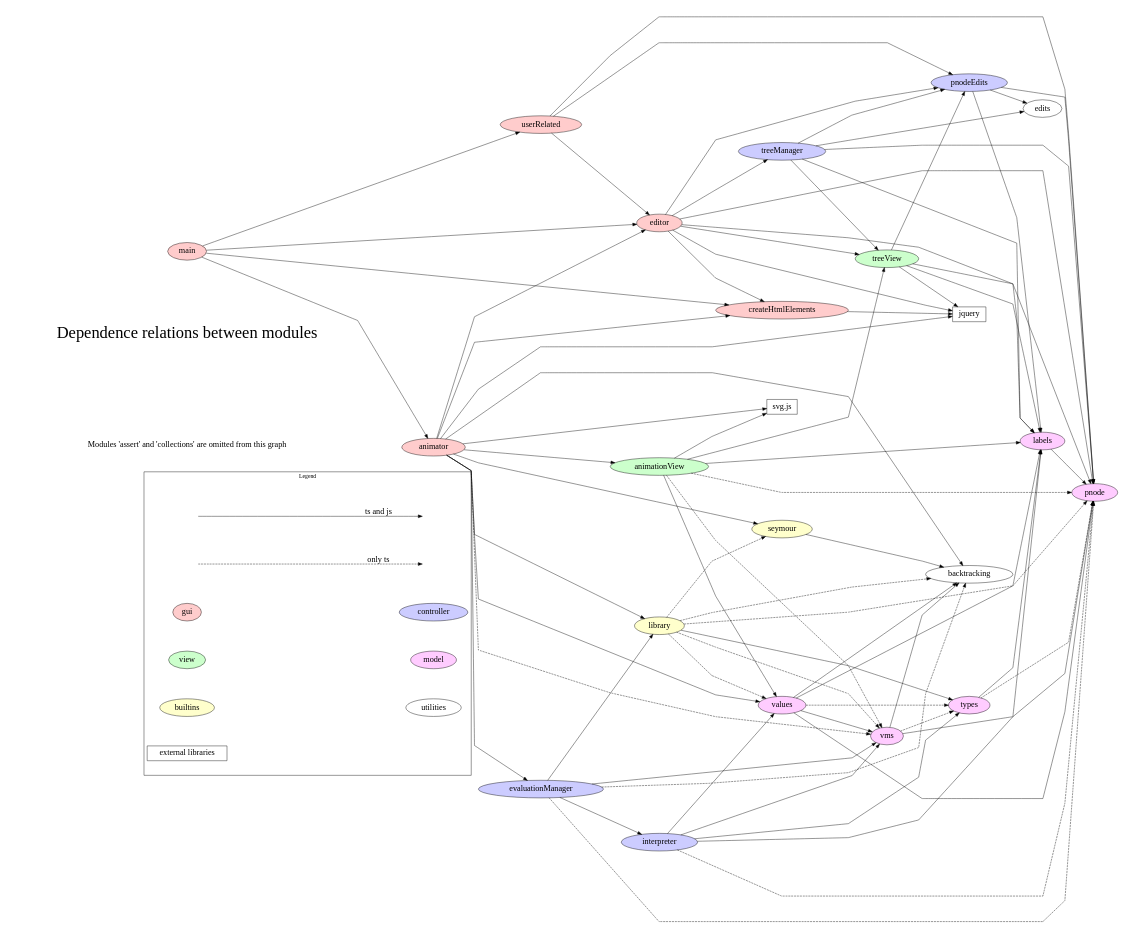
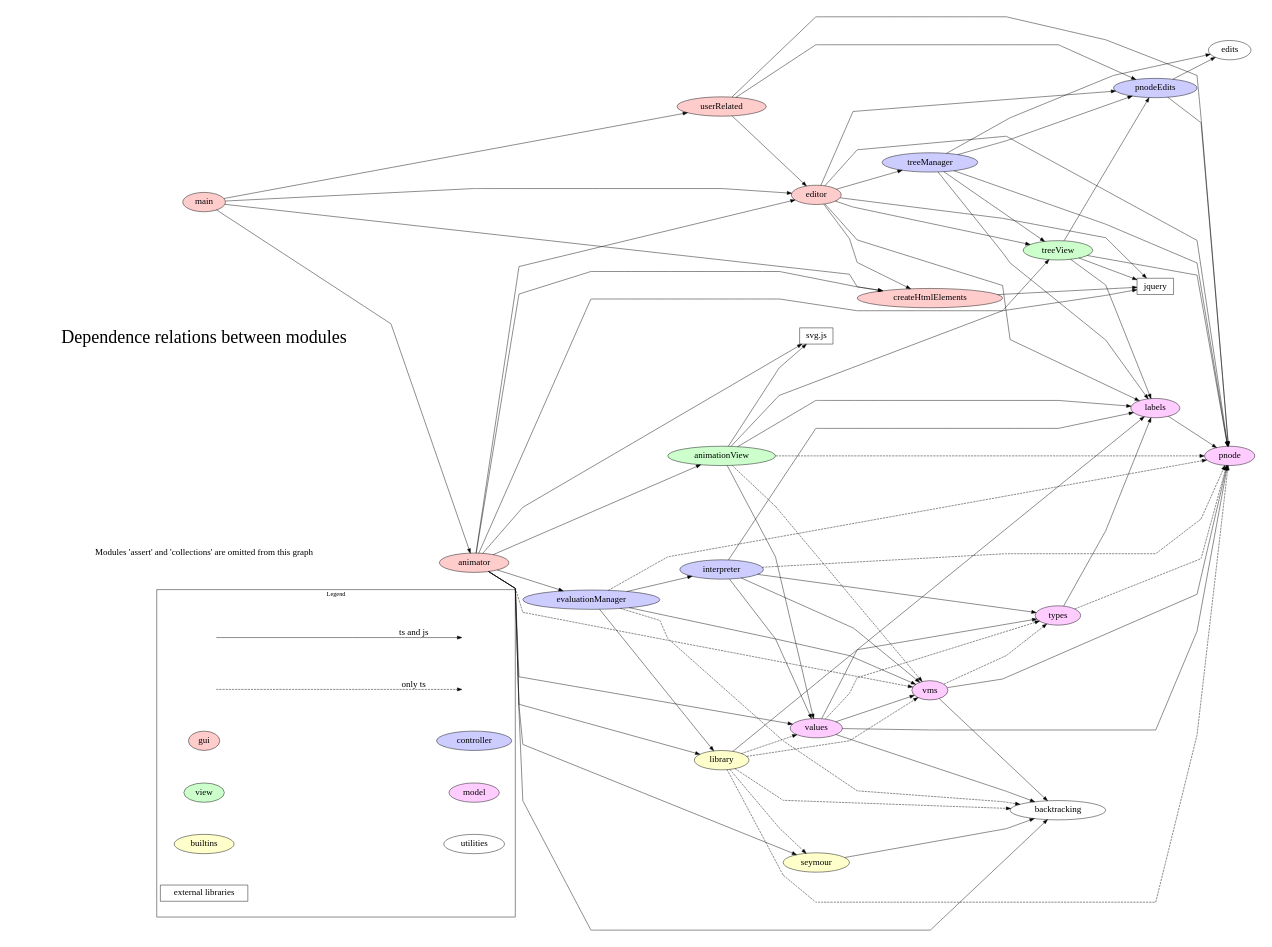
One commit to theodore-norvell/PLAAY changed the diagram in typescriptSrc/dependence.gv. Above: the diagram before and after it, drawn with Graphviz. The commit also changed 5 other files, not shown here.

Commit message:
Break dependence of pnodeEdits on Labels.

```diff
--- a/typescriptSrc/dependence.gv
+++ b/typescriptSrc/dependence.gv
@@ -1,156 +1,155 @@
 
 digraph Depends {
     size="9,6.5" ;
     splines="polyline" ;
     nodesep=0.2 ;
     ranksep=0.2 ;
    ratio=fill;
    rankdir = LR ;
    node[fontsize=20];
 
    subgraph cluster1 {
         label = "Legend" ;
         shape=rectangle ;
         color = black ;
         a [style=invis];
         b [style=invis] ;
         c [style=invis] ;
         d [style=invis] ;
         c -> d [label="only ts", style=dashed, fontsize=20] ; 
         a -> b [label="ts and js", fontsize=20] ;
         gui -> controller [style=invis] ;
         view -> model [style=invis] ;
         builtins -> utilities [style=invis] ;
 
         gui [style=filled, fillcolor="#ffcccc"] ;
         controller [style=filled, fillcolor="#ccccff"] ;
         view [style=filled, fillcolor="#ccffcc"] ;
         model [style=filled, fillcolor="#ffccff"] ;
         builtins [style=filled, fillcolor="#ffffcc"] ;
         utilities ;
         "external libraries" [shape=rectangle] ;
     }
 
    utils [label="Modules 'assert' and 'collections' are omitted from this graph",
               shape=none] ;
    caption [ label="Dependence relations between modules", fontsize=40,
               shape=none] ;
 
     main [style=filled, fillcolor="#ffcccc"] ;
     editor [style=filled, fillcolor="#ffcccc"] ;
     animator [style=filled, fillcolor="#ffcccc"] ;
     createHtmlElements [style=filled, fillcolor="#ffcccc"] ;
     userRelated [style=filled, fillcolor="#ffcccc" ] ;
     
     evaluationManager [style=filled, fillcolor="#ccccff"] ;
     interpreter [style=filled, fillcolor="#ccccff"] ;
     treeManager [style=filled, fillcolor="#ccccff"] ;
     pnodeEdits [style=filled, fillcolor="#ccccff"] ;
     
     treeView [style=filled, fillcolor="#ccffcc"] ;
     animationView [style=filled, fillcolor="#ccffcc"] ;
 
     vms [style=filled, fillcolor="#ffccff"] ;
     values [style=filled, fillcolor="#ffccff"] ;
     types [style=filled, fillcolor="#ffccff"] ;
     labels [style=filled, fillcolor="#ffccff"] ;
     pnode [style=filled, fillcolor="#ffccff"] ;
 
     library [style=filled, fillcolor="#ffffcc"] ;
     seymour [style=filled, fillcolor="#ffffcc"] ;
     
    animator -> animationView  ;
    animator -> backtracking ;
    animator -> createHtmlElements ;
    animator -> editor ;
    animator -> evaluationManager ;
    animator -> seymour ;
    animator -> values ;
    animator -> library ;
    animator -> vms [style=dashed] ;
    animator -> svg ;
    animator -> jquery ;
 
    animationView -> labels ;
    animationView -> pnode [style=dashed] ;
    animationView -> treeView ;
    animationView -> values ;
    animationView -> vms [style=dashed];
    animationView -> svg ;
    
    createHtmlElements -> jquery ;
 
    editor -> createHtmlElements ;
    editor -> labels ;
    editor -> pnode  ;
    editor -> pnodeEdits ;
    editor -> treeView ;
    editor -> treeManager ;
    editor -> jquery ;
 
    evaluationManager -> backtracking  [style=dashed];
    evaluationManager -> interpreter ;
    evaluationManager -> pnode  [style=dashed];
    evaluationManager -> vms ;
    evaluationManager -> library ;
 
    interpreter -> labels ;
    interpreter -> pnode  [style=dashed];
    interpreter -> types ;
    interpreter -> values ;
    interpreter -> vms ;
 
     jquery [shape=rectangle]
     
    labels -> pnode ;
 
    main -> animator ;
    main -> createHtmlElements ;
    main -> editor ;
    main -> userRelated ;
 
    pnodeEdits -> edits ;
    pnodeEdits -> pnode ;
-   pnodeEdits -> labels ;
    
    types -> pnode [style=dashed];
    types -> labels ;
 
    seymour -> backtracking ;
 
    treeView -> labels ;
    treeView -> pnode ;
    treeView -> pnodeEdits ;
    treeView -> jquery ;
 
    svg [label="svg.js", shape=rectangle] ;
 
    treeManager -> edits ;
    treeManager -> labels ;
    treeManager -> pnode ;
    treeManager -> pnodeEdits ;
    treeManager -> treeView ;
 
    userRelated -> editor ;
    userRelated -> pnodeEdits ;
    userRelated -> pnode ;
    
    values -> backtracking ;
    values -> labels ;
    values -> pnode ;
    values -> types  [style=dashed];
    values -> vms ;
 
    
    vms -> backtracking
    vms -> pnode ;
    vms -> types  [style=dashed];
 
    library -> backtracking  [style=dashed];
    library -> pnode  [style=dashed];
    library -> seymour  [style=dashed];
    library -> types ;
    library -> values  [style=dashed];
    library -> vms  [style=dashed];
    
 }
```
